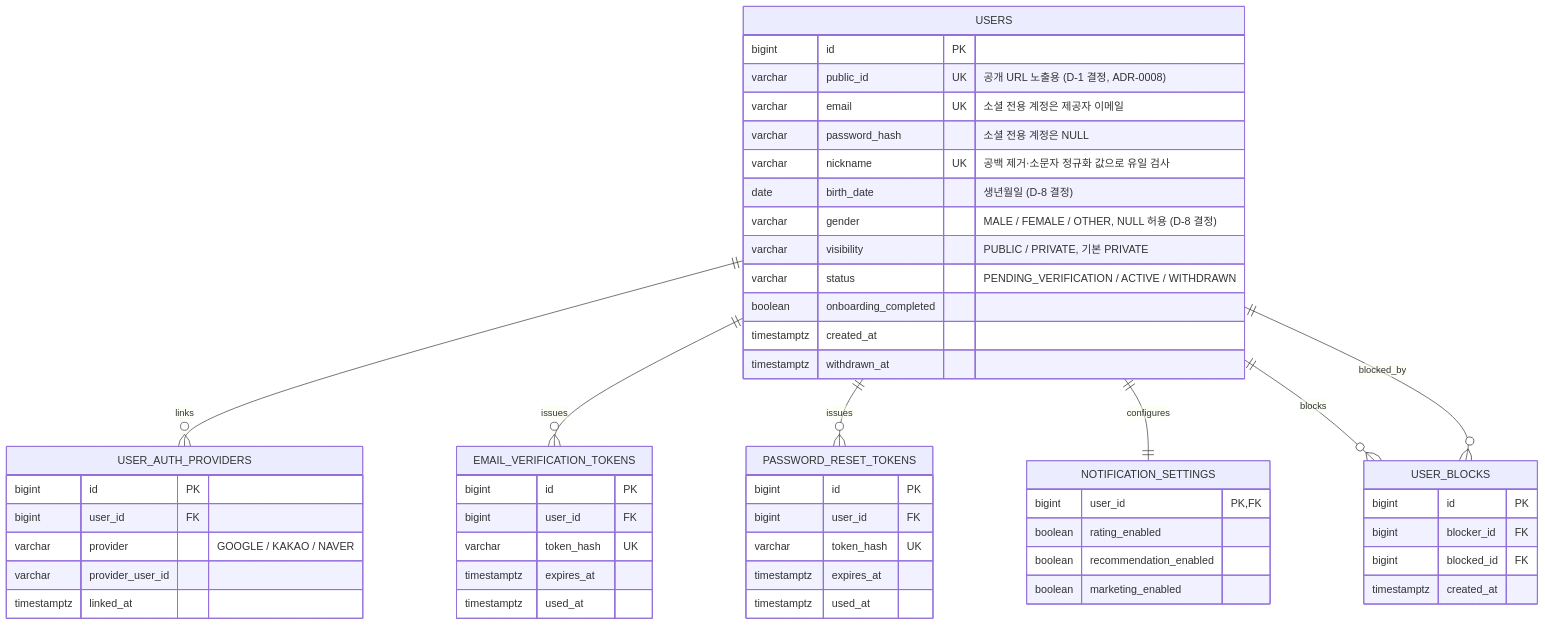
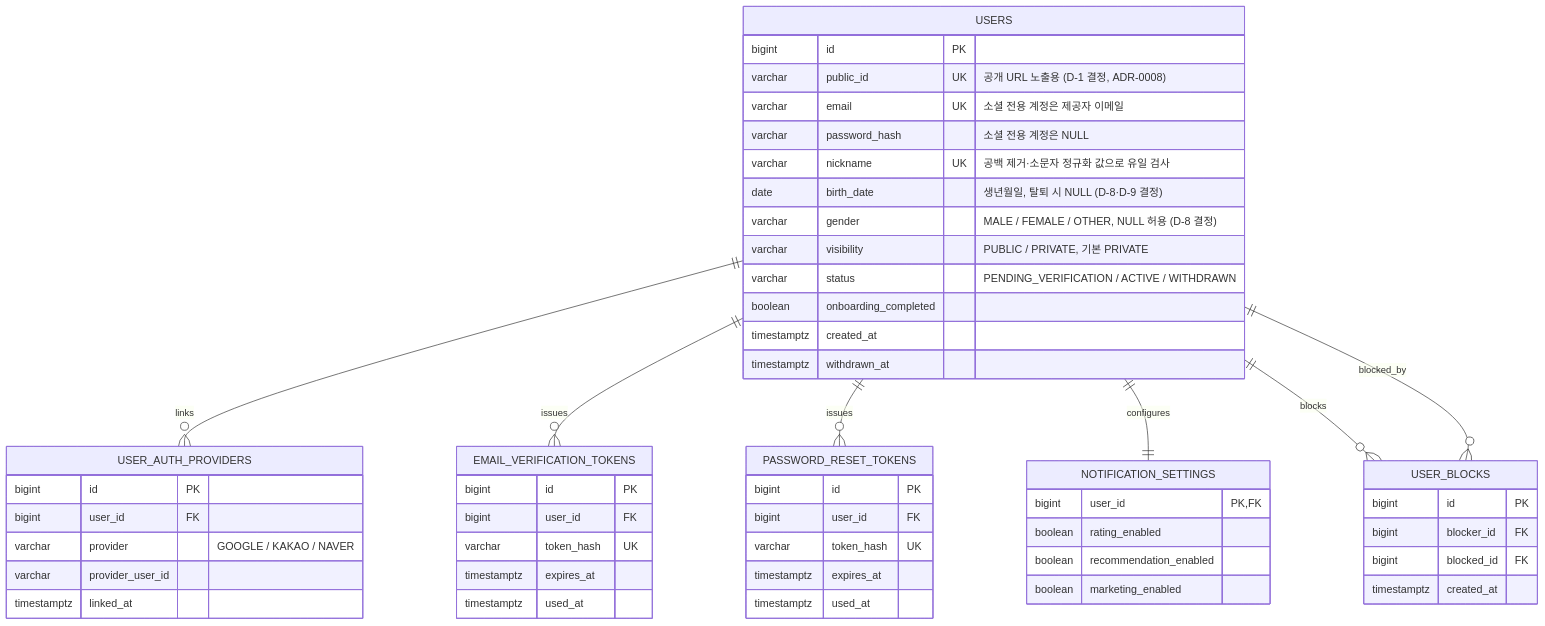
The second of 8 diagrams in docs/erd.md (koongya-studio/feelm), drawn with Mermaid before and after one commit. The commit also changed other lines of this file and 4 other files, not shown here.

````diff
--- a/docs/erd.md
+++ b/docs/erd.md
@@ -51,57 +51,57 @@
 ```mermaid
 erDiagram
     USERS {
         bigint id PK
         varchar public_id UK "공개 URL 노출용 (D-1 결정, ADR-0008)"
         varchar email UK "소셜 전용 계정은 제공자 이메일"
         varchar password_hash "소셜 전용 계정은 NULL"
         varchar nickname UK "공백 제거·소문자 정규화 값으로 유일 검사"
-        date birth_date "생년월일 (D-8 결정)"
+        date birth_date "생년월일, 탈퇴 시 NULL (D-8·D-9 결정)"
         varchar gender "MALE / FEMALE / OTHER, NULL 허용 (D-8 결정)"
         varchar visibility "PUBLIC / PRIVATE, 기본 PRIVATE"
         varchar status "PENDING_VERIFICATION / ACTIVE / WITHDRAWN"
         boolean onboarding_completed
         timestamptz created_at
         timestamptz withdrawn_at
     }
     USER_AUTH_PROVIDERS {
         bigint id PK
         bigint user_id FK
         varchar provider "GOOGLE / KAKAO / NAVER"
         varchar provider_user_id
         timestamptz linked_at
     }
     EMAIL_VERIFICATION_TOKENS {
         bigint id PK
         bigint user_id FK
         varchar token_hash UK
         timestamptz expires_at
         timestamptz used_at
     }
     PASSWORD_RESET_TOKENS {
         bigint id PK
         bigint user_id FK
         varchar token_hash UK
         timestamptz expires_at
         timestamptz used_at
     }
     NOTIFICATION_SETTINGS {
         bigint user_id PK, FK
         boolean rating_enabled
         boolean recommendation_enabled
         boolean marketing_enabled
     }
     USER_BLOCKS {
         bigint id PK
         bigint blocker_id FK
         bigint blocked_id FK
         timestamptz created_at
     }
 
     USERS ||--o{ USER_AUTH_PROVIDERS : links
     USERS ||--o{ EMAIL_VERIFICATION_TOKENS : issues
     USERS ||--o{ PASSWORD_RESET_TOKENS : issues
     USERS ||--|| NOTIFICATION_SETTINGS : configures
     USERS ||--o{ USER_BLOCKS : blocks
     USERS ||--o{ USER_BLOCKS : blocked_by
 ```
````
